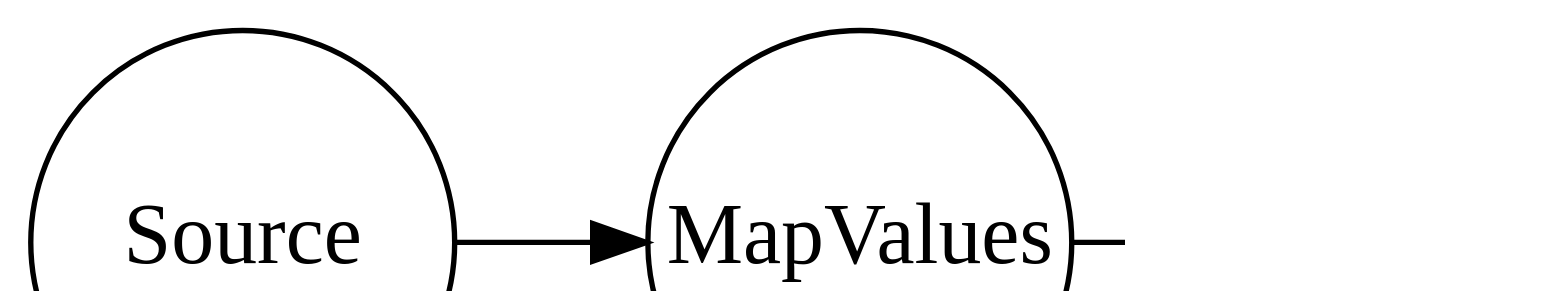
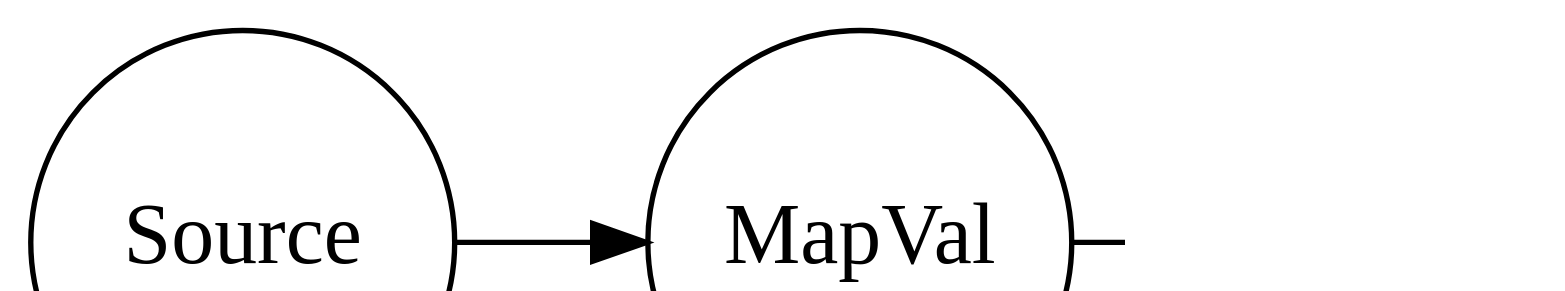
One commit to inponomarev/kstreams-examples changed the second of 14 diagrams in slides/src/main/asciidoc/kstreams.adoc. Above: the diagram before and after it, drawn with Graphviz. The commit also changed other lines of this file, not shown here.

```diff
--- a/slides/src/main/asciidoc/kstreams.adoc
+++ b/slides/src/main/asciidoc/kstreams.adoc
@@ -208,11 +209,11 @@
 [graphviz, "yelling-topology.png"]
 -----
 digraph G {
 graph [ dpi = 150 ]; 
 rankdir="LR";
 node [fontsize=16; shape="circle"; fixedsize="true"; width="1.1"];
 
-Source -> MapValues -> Sink
+Source -> MapVal -> Sink
 
 }
 -----
```
